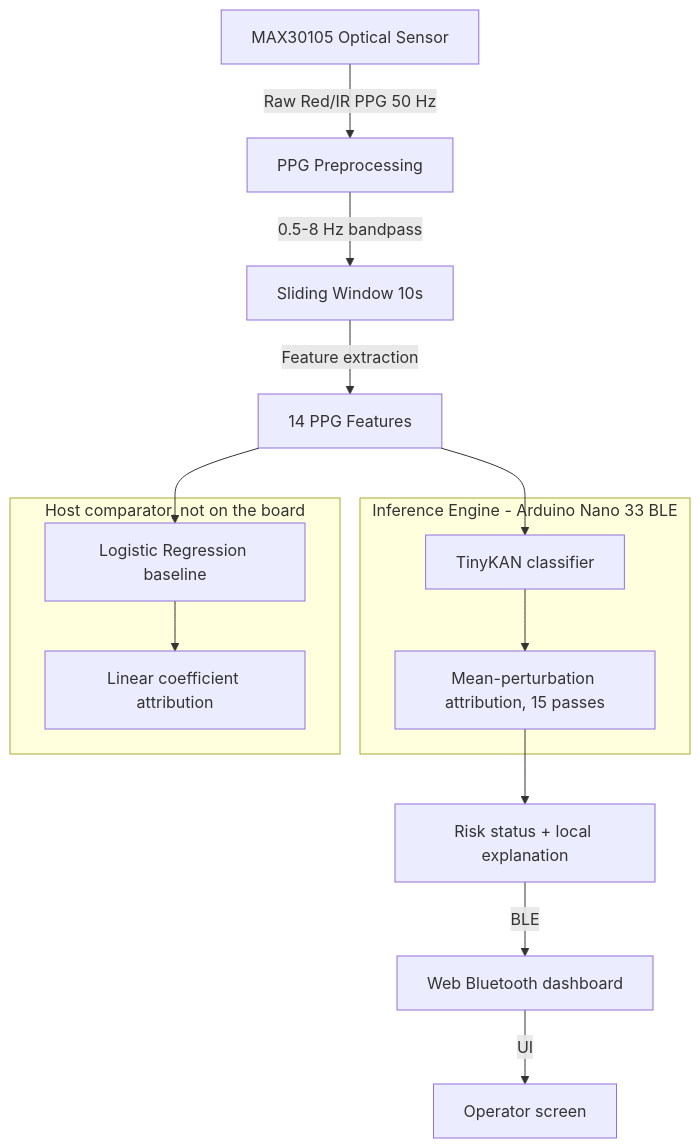
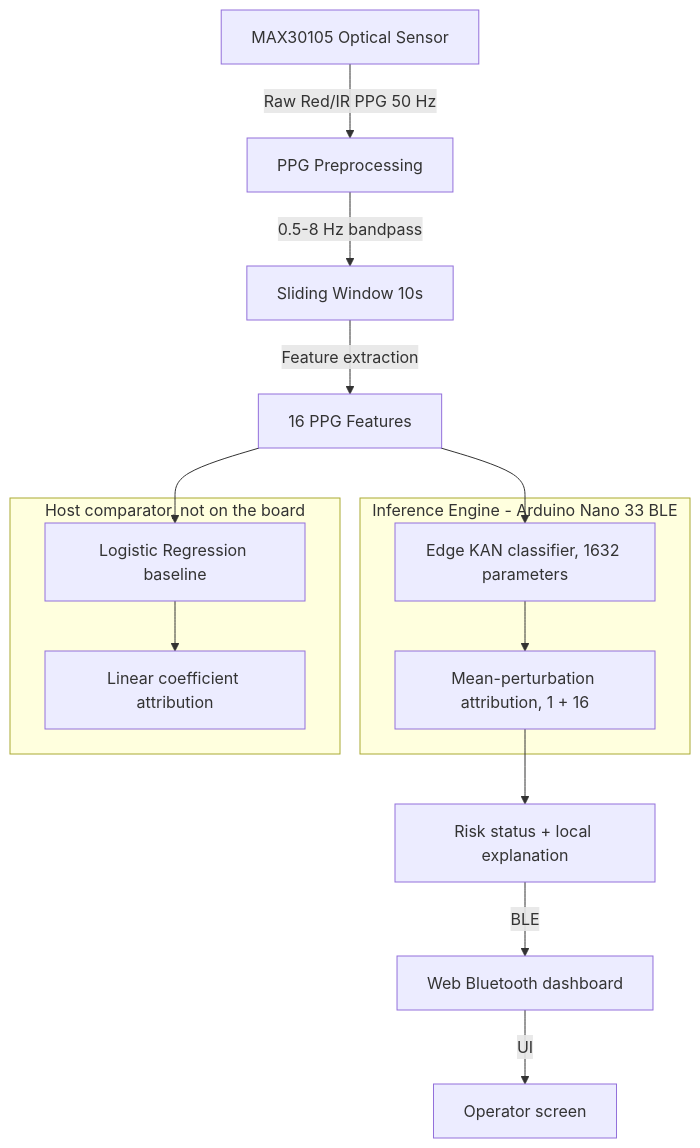
One commit to Josan88/xai-tinyml-oxygen changed the diagram in README.md. Above: the diagram before and after it, drawn with Mermaid. The commit also changed other lines of this file and 57 other files, not shown here.

First line of the commit message:
Add the edge KAN and the 11-15 Nov evidence the paper cites

````diff
--- a/README.md
+++ b/README.md
@@ -35,21 +37,21 @@
 ```mermaid
 graph TD
     A["MAX30105 Optical Sensor"] -->|"Raw Red/IR PPG 50 Hz"| B["PPG Preprocessing"]
     B -->|"0.5-8 Hz bandpass"| C["Sliding Window 10s"]
-    C -->|"Feature extraction"| D["14 PPG Features"]
+    C -->|"Feature extraction"| D["16 PPG Features"]
     D --> F2
     D --> F1
     subgraph MCU["Inference Engine - Arduino Nano 33 BLE"]
-        F2["TinyKAN classifier"]
-        G2["Mean-perturbation attribution, 15 passes"]
+        F2["Edge KAN classifier, 1632 parameters"]
+        G2["Mean-perturbation attribution, 1 + 16"]
         F2 --> G2
     end
     subgraph HOST["Host comparator, not on the board"]
         F1["Logistic Regression baseline"]
         G1["Linear coefficient attribution"]
         F1 --> G1
     end
     G2 --> H["Risk status + local explanation"]
     H -->|"BLE"| I["Web Bluetooth dashboard"]
     I -->|"UI"| J["Operator screen"]
 ```
````
